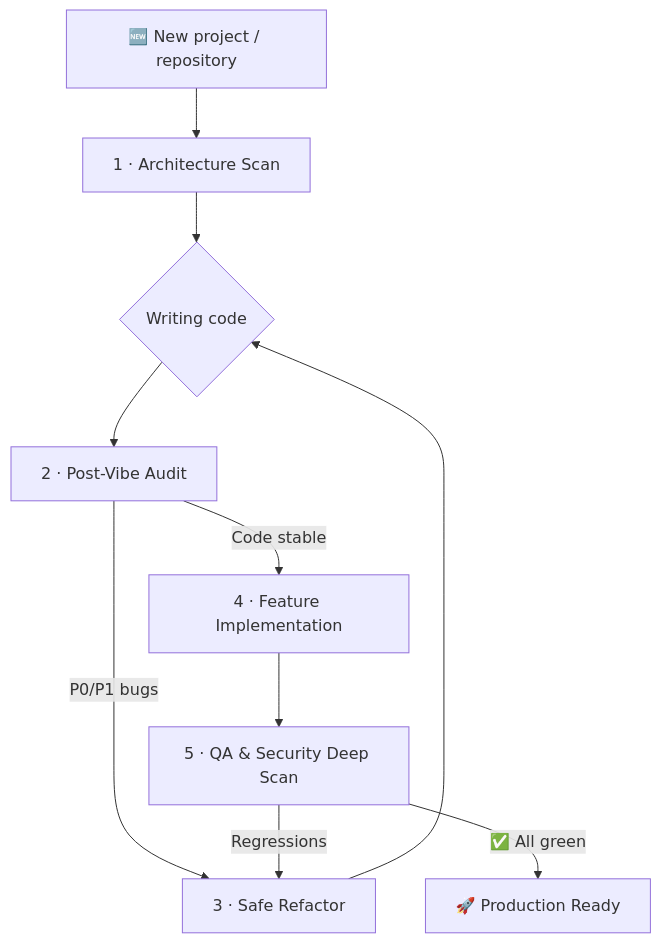
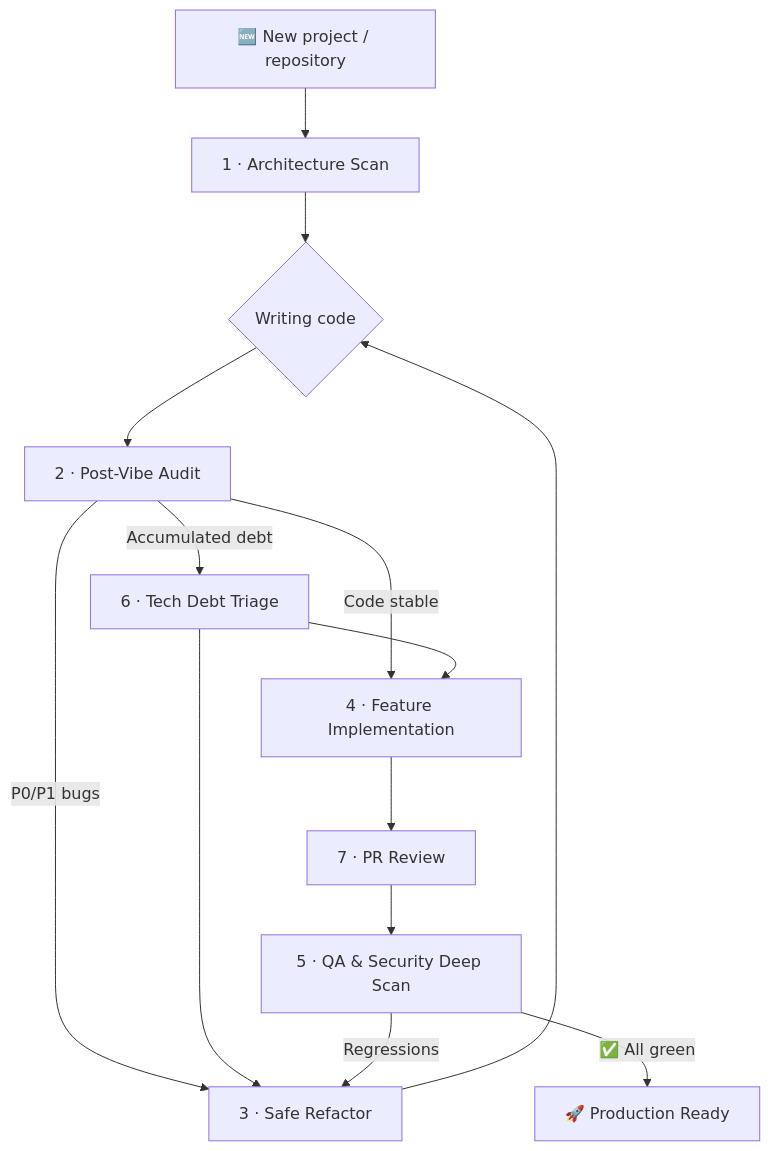
The diagram in README.md (zoxknez/agentic-ai-prompts-EN-SRB), drawn with Mermaid before and after one commit. The commit also changed other lines of this file and 44 other files, not shown here.

````diff
--- a/README.md
+++ b/README.md
@@ -85,12 +87,16 @@
 ```mermaid
 graph TD
     A["🆕 New project / repository"] --> B["1 · Architecture Scan"]
     B --> C{"Writing code"}
     C --> D["2 · Post-Vibe Audit"]
+    D -->|"Accumulated debt"| T["6 · Tech Debt Triage"]
     D -->|"P0/P1 bugs"| E["3 · Safe Refactor"]
     D -->|"Code stable"| F["4 · Feature Implementation"]
+    T --> E
+    T --> F
     E --> C
-    F --> G["5 · QA & Security Deep Scan"]
+    F --> PR["7 · PR Review"]
+    PR --> G["5 · QA & Security Deep Scan"]
     G -->|"Regressions"| E
     G -->|"✅ All green"| H["🚀 Production Ready"]
 ```
````
